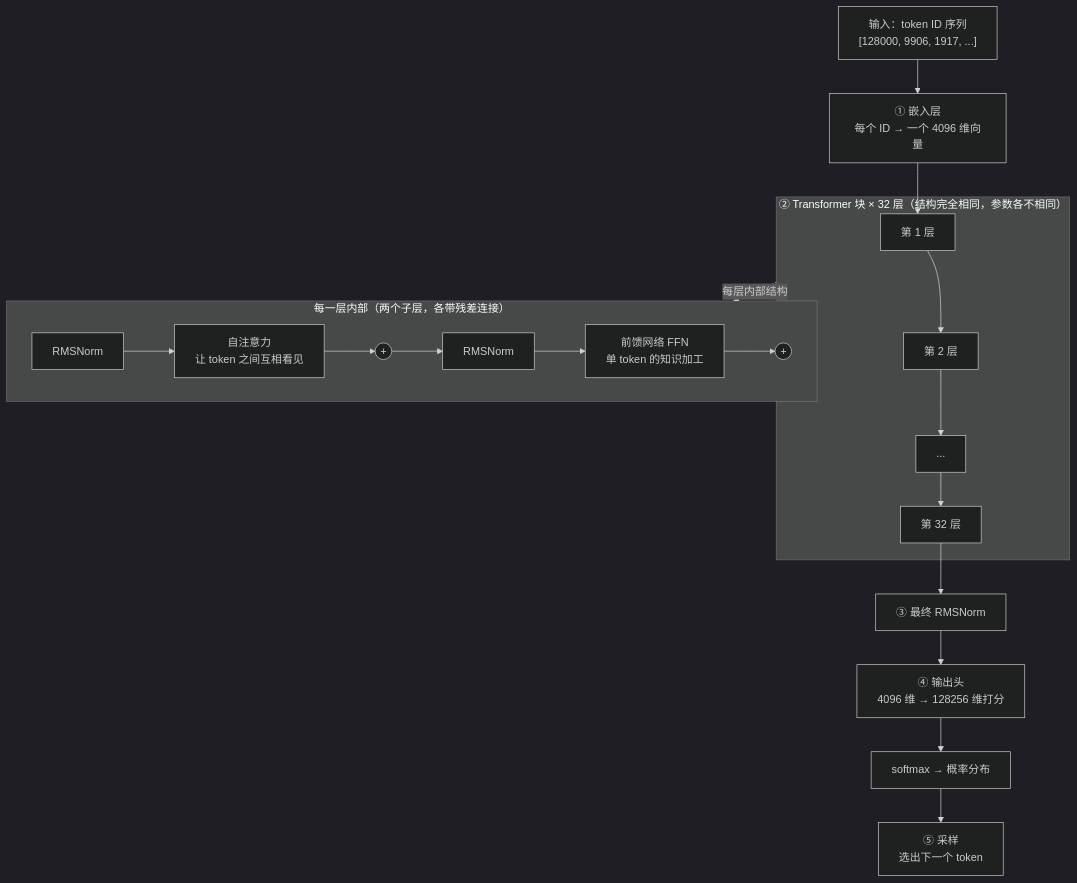
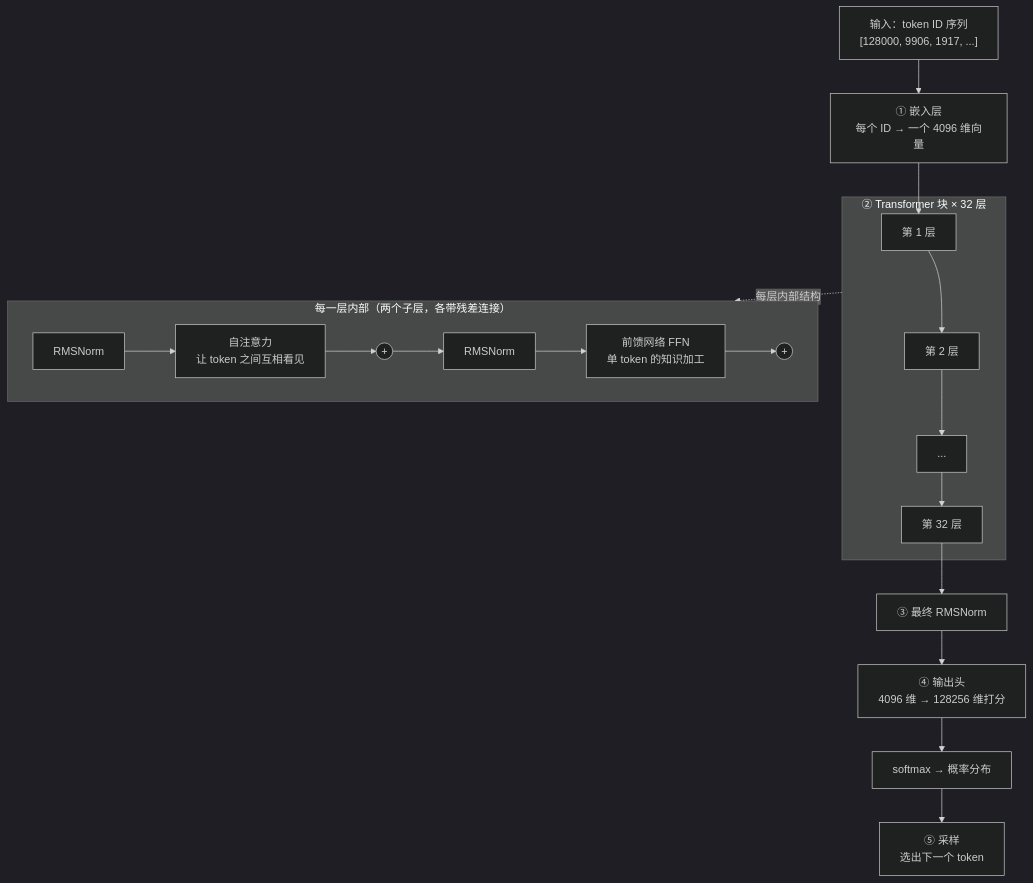
The diagram in ai/llm-fundamentals/04-transformer.zh.md (geekchow/technical-knowledge), drawn with Mermaid (dark theme) before and after one commit. The commit also changed other lines of this file and 9 other files, not shown here.

Commit message:
fix mermaid label store issue.

````diff
--- a/ai/llm-fundamentals/04-transformer.zh.md
+++ b/ai/llm-fundamentals/04-transformer.zh.md
@@ -32,21 +32,21 @@
 ```mermaid
 flowchart TB
     IN["输入：token ID 序列<br/>[128000, 9906, 1917, ...]"] --> EMB["① 嵌入层<br/>每个 ID → 一个 4096 维向量"]
     EMB --> L1
 
-    subgraph BLOCK["② Transformer 块 × 32 层（结构完全相同，参数各不相同）"]
+    subgraph BLOCK["② Transformer 块 × 32 层"]
         L1["第 1 层"] --> L2["第 2 层"] --> LDOTS["..."] --> L32["第 32 层"]
     end
 
     subgraph INNER["每一层内部（两个子层，各带残差连接）"]
         direction LR
         N1["RMSNorm"] --> ATT["自注意力<br/>让 token 之间互相看见"] --> R1(("+")) --> N2["RMSNorm"] --> FFN["前馈网络 FFN<br/>单 token 的知识加工"] --> R2(("+"))
     end
 
     L32 --> NF["③ 最终 RMSNorm"]
     NF --> HEAD["④ 输出头<br/>4096 维 → 128256 维打分"]
     HEAD --> SM["softmax → 概率分布"]
     SM --> SAMPLE["⑤ 采样<br/>选出下一个 token"]
 
     BLOCK -.每层内部结构.-> INNER
 ```
````
